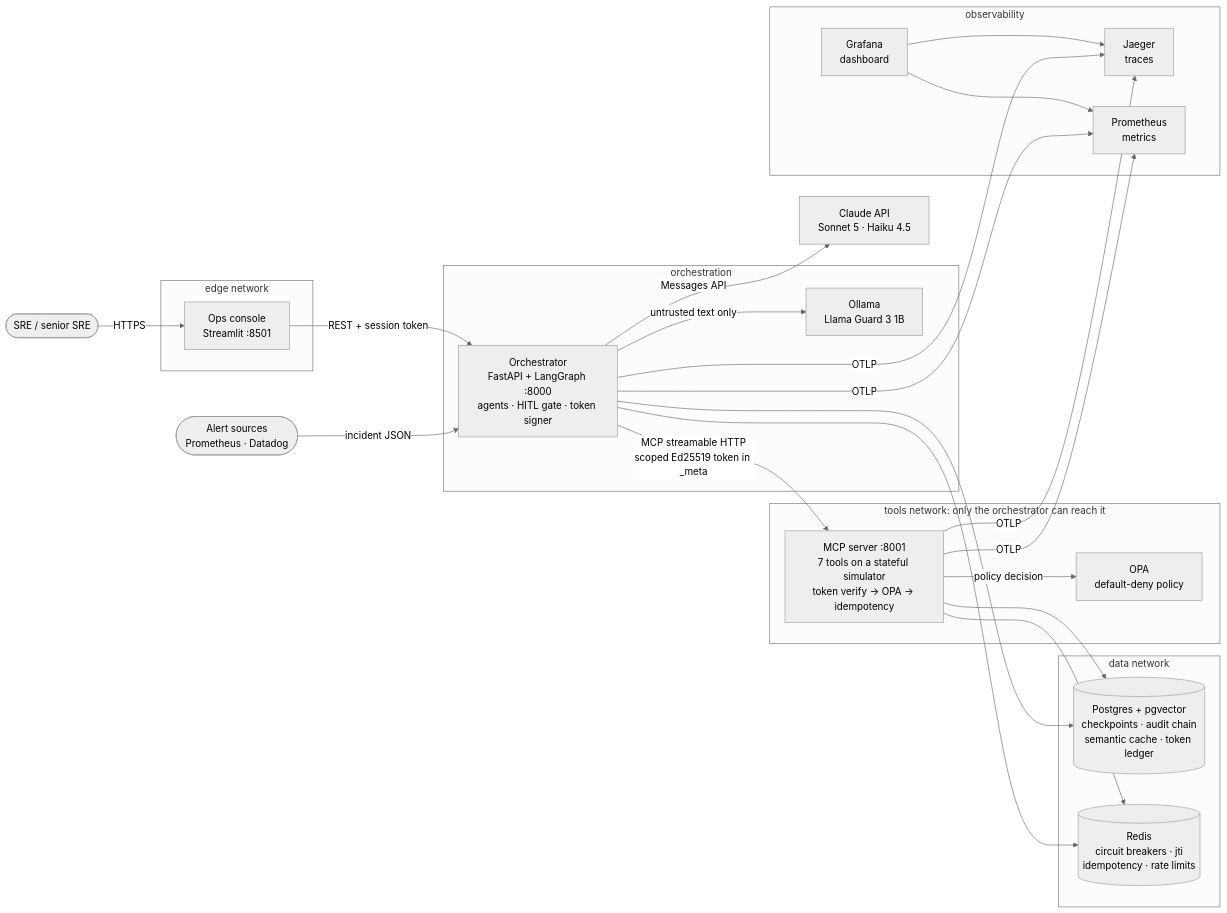
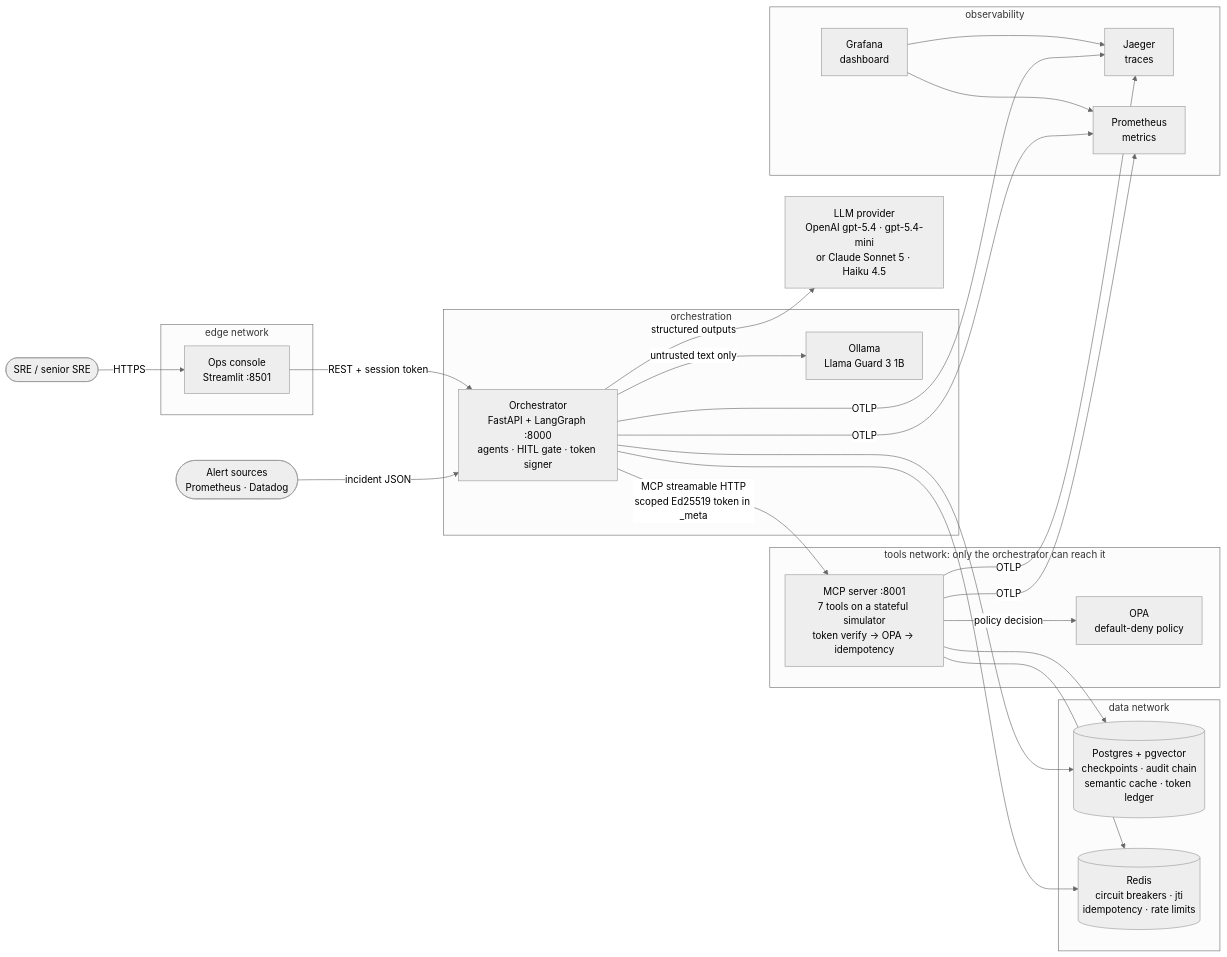
Before and after one commit to SuchitraShelke/CloudScale-Incident-Remediation: the diagram in docs/architecture/01-c4-container.md, drawn with Mermaid (neutral theme). The commit also changed 26 other files, not shown here.

First line of the commit message:
Add OpenAI provider; harden the pipeline against live-model behaviour

````diff
--- a/docs/architecture/01-c4-container.md
+++ b/docs/architecture/01-c4-container.md
@@ -5,50 +5,50 @@
 ```mermaid
 flowchart LR
     sre([SRE / senior SRE])
     alerts([Alert sources<br/>Prometheus · Datadog])
 
     subgraph edge [edge network]
         console[Ops console<br/>Streamlit :8501]
     end
 
     subgraph core [orchestration]
         orch[Orchestrator<br/>FastAPI + LangGraph :8000<br/>agents · HITL gate · token signer]
         guard[Ollama<br/>Llama Guard 3 1B]
     end
 
     subgraph tools [tools network: only the orchestrator can reach it]
         mcp[MCP server :8001<br/>7 tools on a stateful simulator<br/>token verify → OPA → idempotency]
         opa[OPA<br/>default-deny policy]
     end
 
     subgraph data [data network]
         pg[(Postgres + pgvector<br/>checkpoints · audit chain<br/>semantic cache · token ledger)]
         redis[(Redis<br/>circuit breakers · jti<br/>idempotency · rate limits)]
     end
 
     subgraph obs [observability]
         jaeger[Jaeger<br/>traces]
         prom[Prometheus<br/>metrics]
         grafana[Grafana<br/>dashboard]
     end
 
-    claude[Claude API<br/>Sonnet 5 · Haiku 4.5]
+    claude[LLM provider<br/>OpenAI gpt-5.4 · gpt-5.4-mini<br/>or Claude Sonnet 5 · Haiku 4.5]
 
     sre -->|HTTPS| console
     alerts -->|incident JSON| orch
     console -->|REST + session token| orch
     orch -->|MCP streamable HTTP<br/>scoped Ed25519 token in _meta| mcp
     mcp -->|policy decision| opa
     orch -->|untrusted text only| guard
-    orch -->|Messages API| claude
+    orch -->|structured outputs| claude
     orch --> pg
     orch --> redis
     mcp --> pg
     mcp --> redis
     orch -->|OTLP| jaeger
     mcp -->|OTLP| jaeger
     orch -->|OTLP| prom
     mcp -->|OTLP| prom
     grafana --> prom
     grafana --> jaeger
 ```
````
